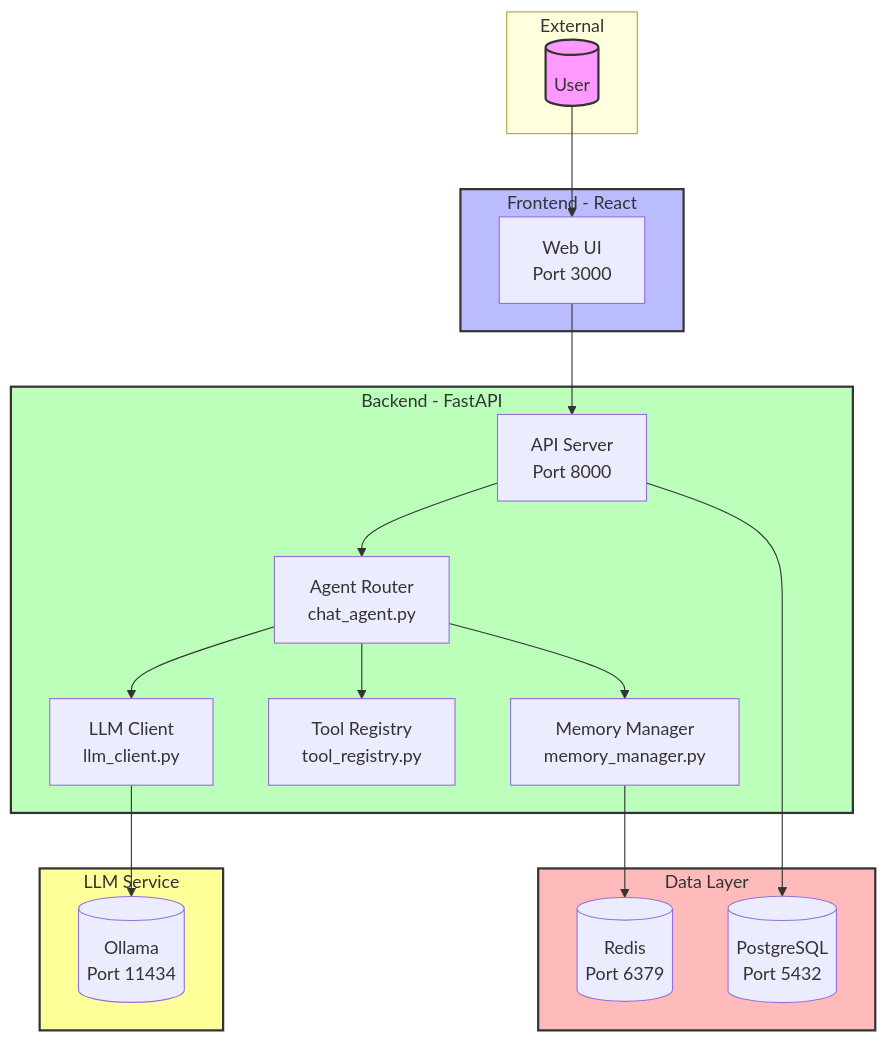
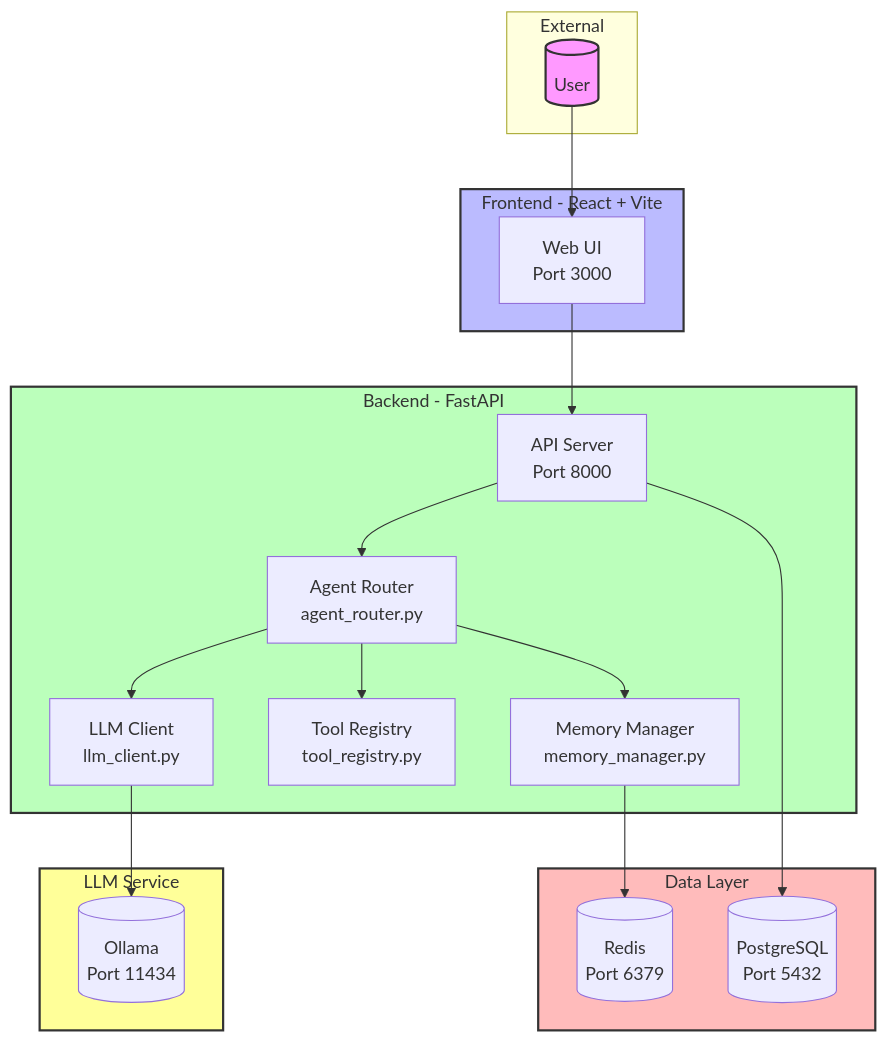
The diagram in ai-saas-week1/README.md (leiluZ/ai-native-saas), drawn with Mermaid before and after one commit. The commit also changed other lines of this file and 10 other files, not shown here.

````diff
--- a/ai-saas-week1/README.md
+++ b/ai-saas-week1/README.md
@@ -7,43 +44,43 @@
 ```mermaid
 graph TB
     subgraph External["External"]
         User[("User")]
     end
 
-    subgraph Frontend["Frontend - React"]
+    subgraph Frontend["Frontend - React + Vite"]
         Web[Web UI<br/>Port 3000]
     end
 
     subgraph Backend["Backend - FastAPI"]
         API[API Server<br/>Port 8000]
-        Agent[Agent Router<br/>chat_agent.py]
+        Agent[Agent Router<br/>agent_router.py]
         LLM[LLM Client<br/>llm_client.py]
         Tools[Tool Registry<br/>tool_registry.py]
         Memory[Memory Manager<br/>memory_manager.py]
     end
 
     subgraph Data["Data Layer"]
         DB[(PostgreSQL<br/>Port 5432)]
         Redis[(Redis<br/>Port 6379)]
     end
 
     subgraph LLM_Service["LLM Service"]
         Ollama[(Ollama<br/>Port 11434)]
     end
 
     User --> Web
     Web --> API
     API --> Agent
     Agent --> LLM
     Agent --> Tools
     Agent --> Memory
     LLM --> Ollama
     Memory --> Redis
     API --> DB
 
     style User fill:#f9f,stroke:#333,stroke-width:2px
     style Frontend fill:#bbf,stroke:#333,stroke-width:2px
     style Backend fill:#bfb,stroke:#333,stroke-width:2px
     style Data fill:#fbb,stroke:#333,stroke-width:2px
     style LLM_Service fill:#ff9,stroke:#333,stroke-width:2px
 ```
````
